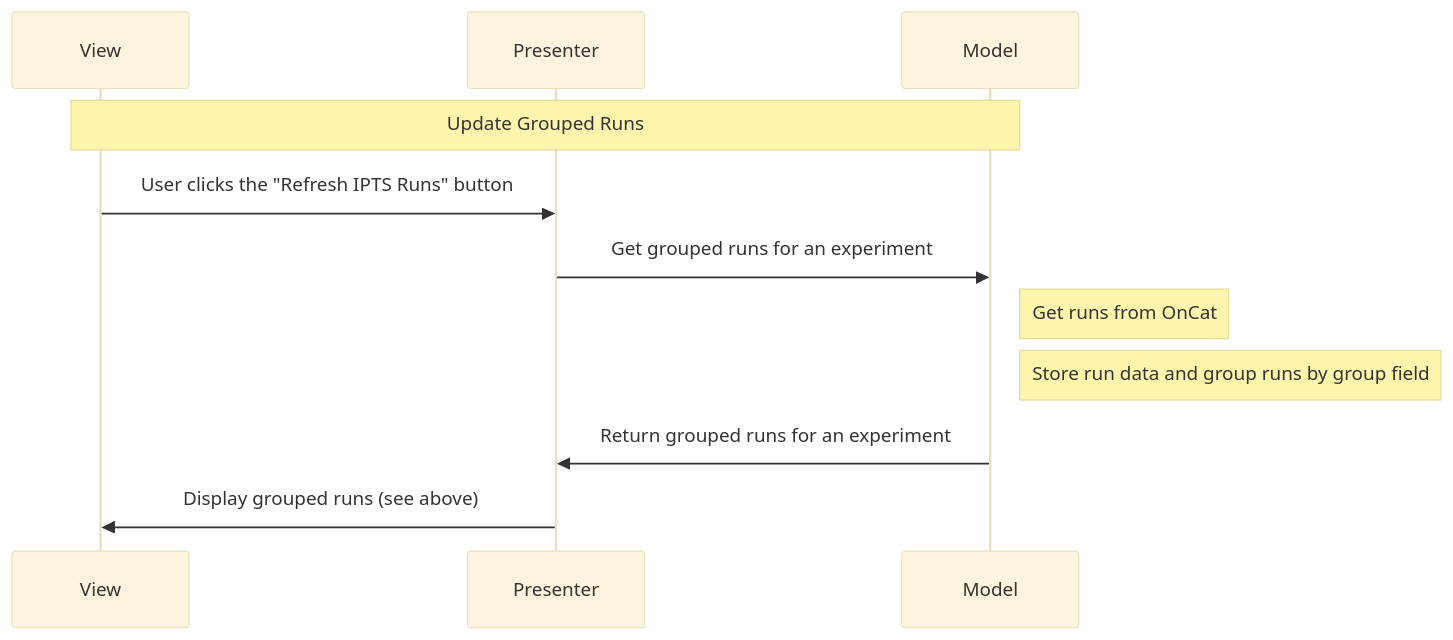
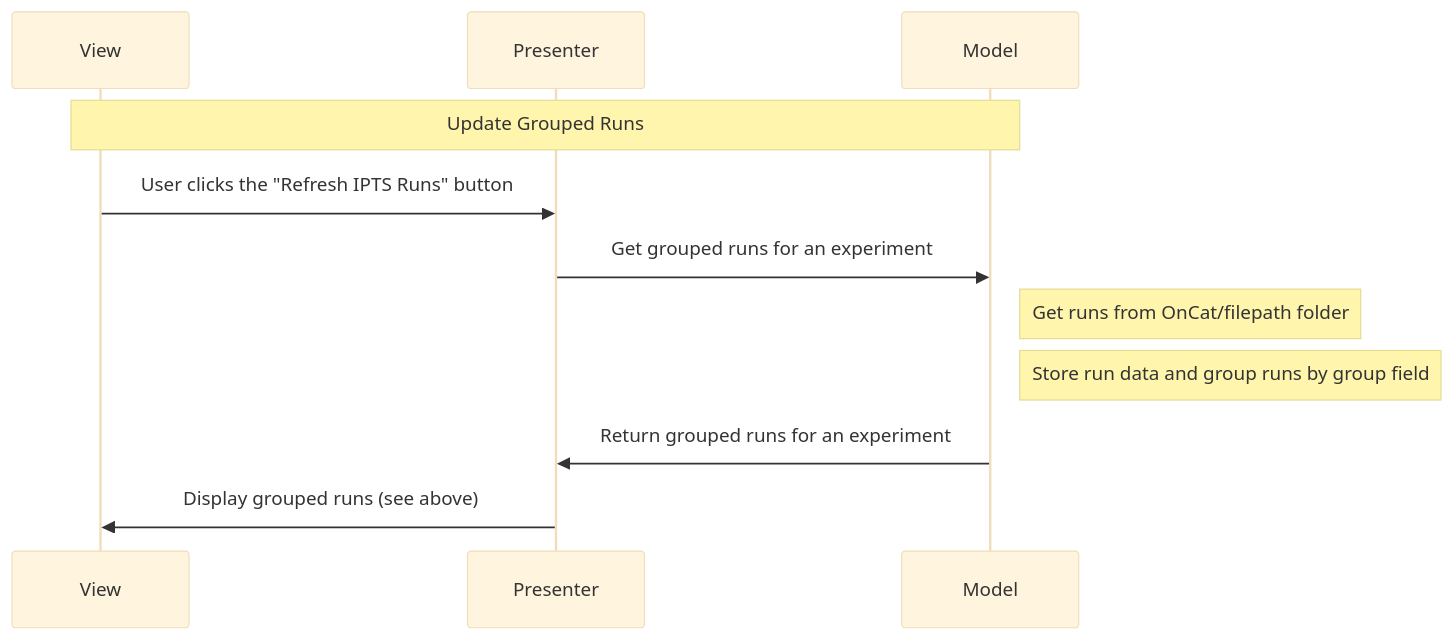
One commit to neutrons/garnet changed the ninth of 9 diagrams in docs/source/design/oncat_mvp.rst. Above: the diagram before and after it, drawn with Mermaid (base theme). The commit also changed other lines of this file and 2 other files, not shown here.

```diff
--- a/docs/source/design/oncat_mvp.rst
+++ b/docs/source/design/oncat_mvp.rst
@@ -226,14 +226,14 @@
     .. mermaid::
 
         sequenceDiagram
             participant View
             participant Presenter
             participant Model
 
             Note over View,Model: Update Grouped Runs
             View->>Presenter: User clicks the  "Refresh IPTS Runs" button
             Presenter->>Model: Get grouped runs for an experiment
-            Note right of Model: Get runs from OnCat
+            Note right of Model: Get runs from OnCat/filepath folder
             Note right of Model: Store run data and group runs by group field
             Model->>Presenter: Return grouped runs for an experiment
             Presenter->>View: Display grouped runs (see above)
```
